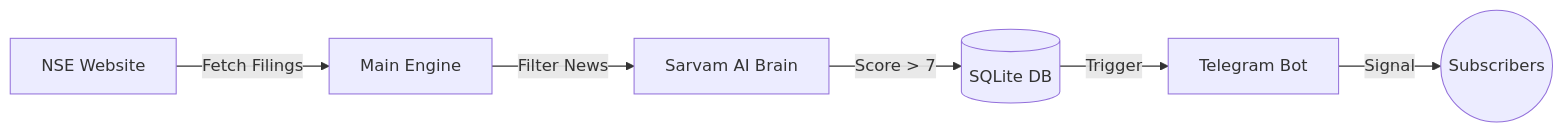
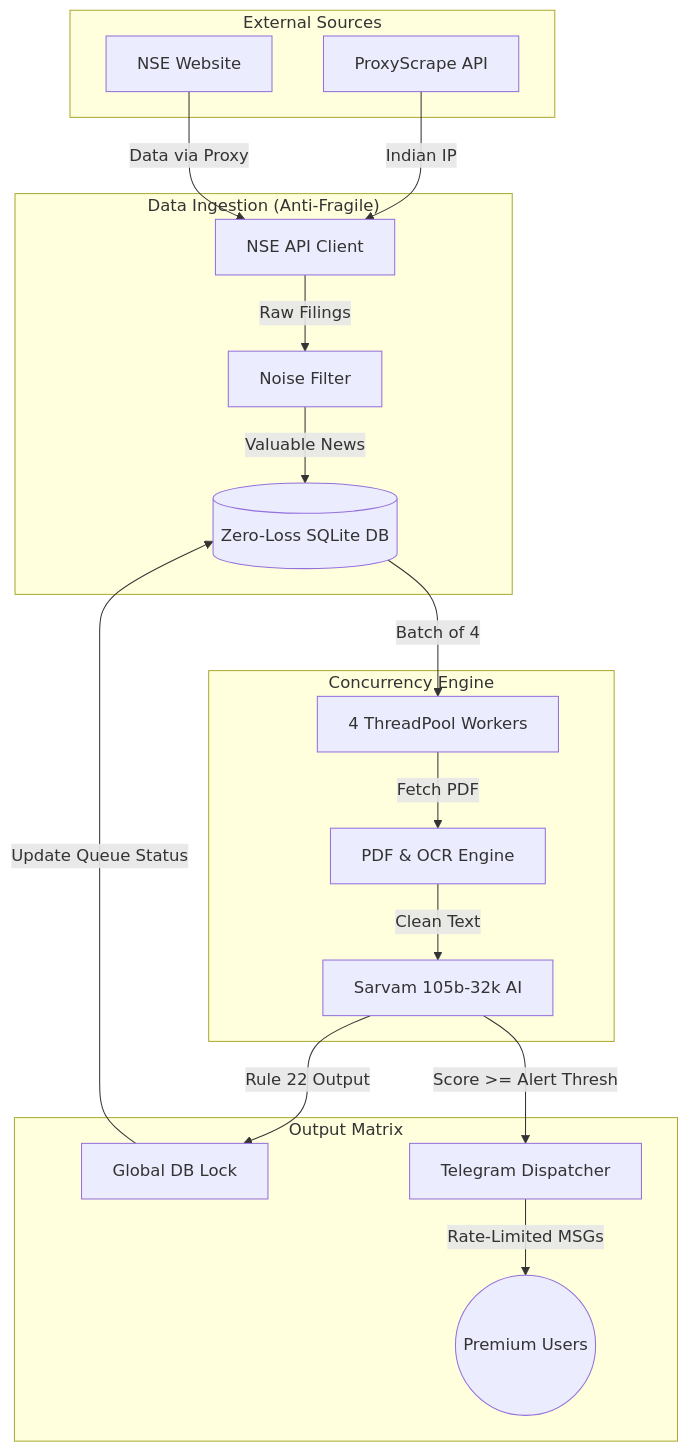
The diagram in project_documentation.md (sarvasva-dev/trading-bot), drawn with Mermaid before and after one commit. The commit also changed other lines of this file and 24 other files, not shown here.

````diff
--- a/project_documentation.md
+++ b/project_documentation.md
@@ -85,8 +84,27 @@
 ```mermaid
-graph LR
-    NSE[NSE Website] -->|Fetch Filings| Main[Main Engine]
-    Main -->|Filter News| AI[Sarvam AI Brain]
-    AI -->|Score > 7| DB[(SQLite DB)]
-    DB -->|Trigger| Bot[Telegram Bot]
-    Bot -->|Signal| User((Subscribers))
+graph TD
+    subgraph "External Sources"
+        NSE[NSE Website]
+        Proxy[ProxyScrape API]
+    end
+
+    subgraph "Data Ingestion (Anti-Fragile)"
+        Proxy -->|Indian IP| Client[NSE API Client]
+        NSE -->|Data via Proxy| Client
+        Client -->|Raw Filings| Filter[Noise Filter]
+        Filter -->|Valuable News| DBQueue[(Zero-Loss SQLite DB)]
+    end
+
+    subgraph "Concurrency Engine"
+        DBQueue -->|Batch of 4| Threads[4 ThreadPool Workers]
+        Threads -->|Fetch PDF| Vision[PDF & OCR Engine]
+        Vision -->|Clean Text| Sarvam[Sarvam 105b-32k AI]
+    end
+
+    subgraph "Output Matrix"
+        Sarvam -->|Rule 22 Output| DBLock[Global DB Lock]
+        DBLock -->|Update Queue Status| DBQueue
+        Sarvam -->|Score >= Alert Thresh| Broadcaster[Telegram Dispatcher]
+        Broadcaster -->|Rate-Limited MSGs| Premium((Premium Users))
+    end
 ```
````
